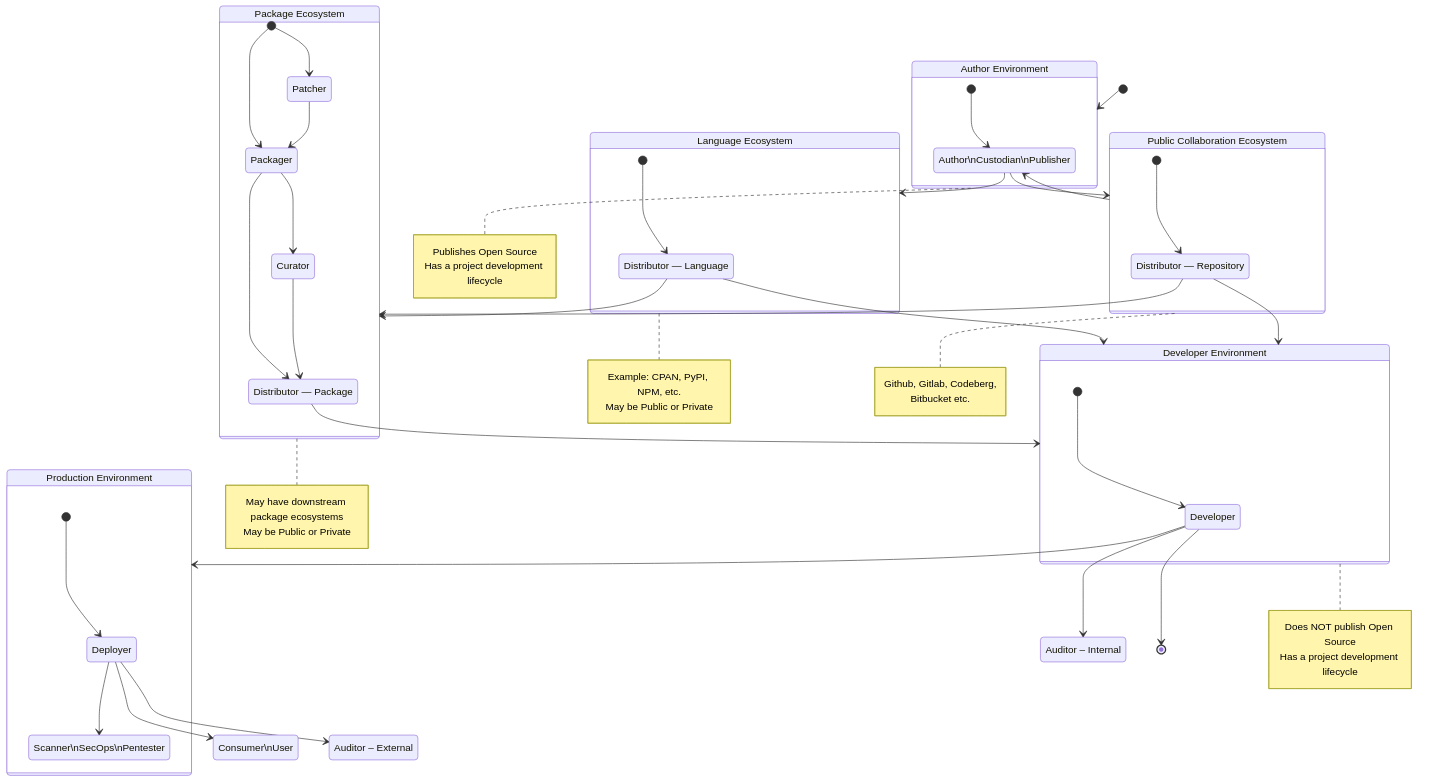
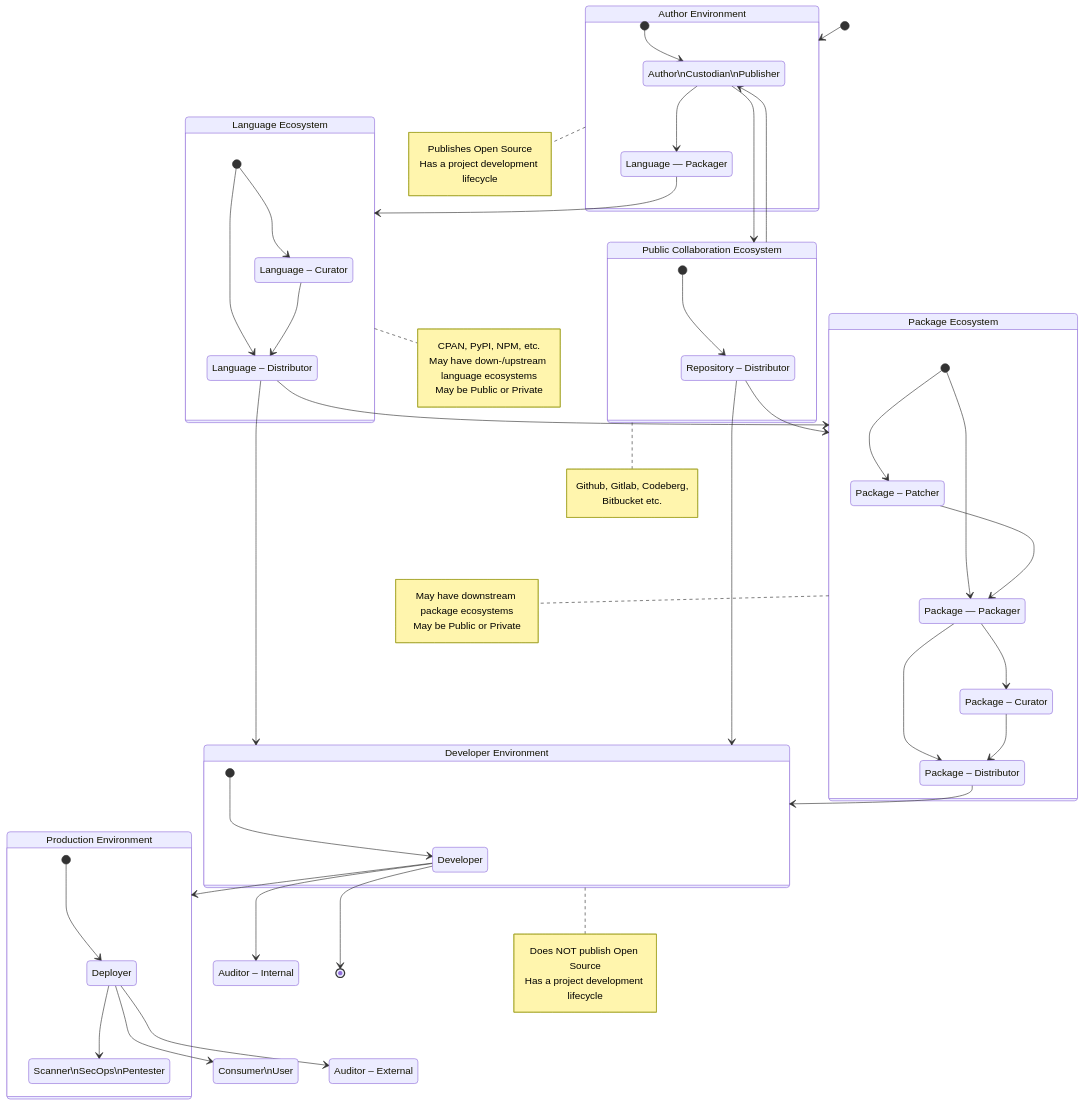
One commit to CPAN-Security/security.metacpan.org changed the diagram in sbom/README.md. Above: the diagram before and after it, drawn with Mermaid. The commit also changed other lines of this file, not shown here.

Commit message:
Add curator and package roles for lang ecosystems

````diff
--- a/sbom/README.md
+++ b/sbom/README.md
@@ -27,12 +27,14 @@
 ```mermaid
 stateDiagram-v2
     state "Author\nCustodian\nPublisher" as author
-    state "Distributor — Repository" as distributor_repo 
-    state "Distributor — Language" as distributor_lang 
-    state "Distributor — Package" as distributor_package
-    state "Patcher" as patcher
-    state "Packager" as packager
-    state "Curator" as curator
+    state "Repository – Distributor" as repo_distributor
+    state "Language — Packager" as language_packager
+    state "Language – Curator" as language_curator
+    state "Language – Distributor" as language_distributor
+    state "Package – Patcher" as package_patcher
+    state "Package — Packager" as package_packager
+    state "Package – Curator" as package_curator
+    state "Package – Distributor" as package_distributor
     state "Developer" as developer
     state "Deployer" as deployer
     state "Scanner\nSecOps\nPentester" as scanner
@@ -44,11 +46,12 @@
 
     state "Author Environment" as ecosystem_author {
         [*] --> author
+        author --> language_packager
     }
 
     author --> ecosystem_repo
     ecosystem_repo --> author
-    author --> ecosystem_lang
+    language_packager --> ecosystem_lang
 
     note right of ecosystem_author
         Publishes Open Source
@@ -56,23 +59,26 @@
     end note
 
     state "Language Ecosystem" as ecosystem_lang {
-        [*] --> distributor_lang
+        [*] --> language_distributor
+        [*] --> language_curator
+        language_curator --> language_distributor
     }
 
-    distributor_lang --> ecosystem_developer
-    distributor_lang --> ecosystem_package
+    language_distributor --> ecosystem_developer
+    language_distributor --> ecosystem_package
 
     note right of ecosystem_lang
-        Example: CPAN, PyPI, NPM, etc.
+        CPAN, PyPI, NPM, etc.
+        May have down-/upstream language ecosystems
         May be Public or Private
     end note
 
     state "Public Collaboration Ecosystem" as ecosystem_repo {
-        [*] --> distributor_repo
+        [*] --> repo_distributor
     }
 
-    distributor_repo --> ecosystem_package
-    distributor_repo --> ecosystem_developer
+    repo_distributor --> ecosystem_package
+    repo_distributor --> ecosystem_developer
 
     note right of ecosystem_repo
         Github, Gitlab, Codeberg,
@@ -80,12 +86,12 @@
     end note
 
     state "Package Ecosystem" as ecosystem_package {
-        [*] --> patcher
-        [*] --> packager
-        patcher --> packager
-        packager --> curator
-        packager --> distributor_package
-        curator --> distributor_package
+        [*] --> package_patcher
+        [*] --> package_packager
+        package_patcher --> package_packager
+        package_packager --> package_curator
+        package_packager --> package_distributor
+        package_curator --> package_distributor
     }
 
     note right of ecosystem_package
@@ -93,7 +99,7 @@
         May be Public or Private
     end note
 
-    distributor_package --> ecosystem_developer
+    package_distributor --> ecosystem_developer
 
     state "Developer Environment" as ecosystem_developer {
         [*] --> developer
````
